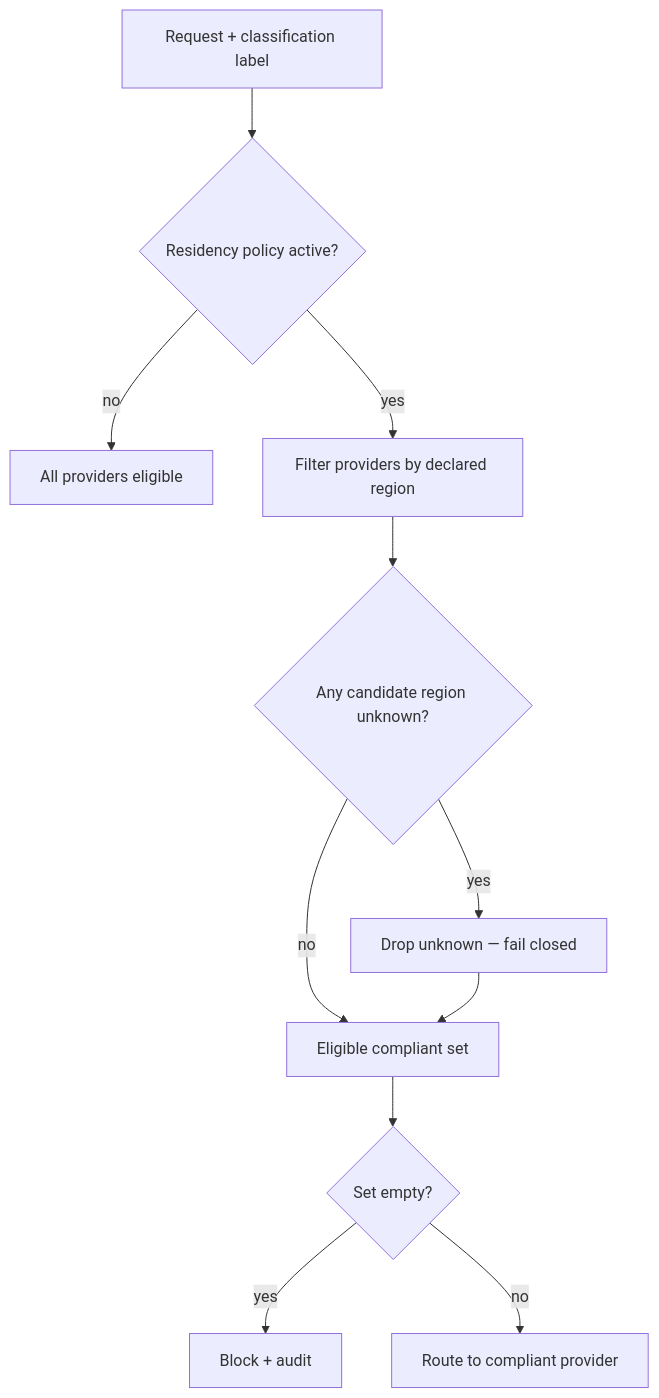
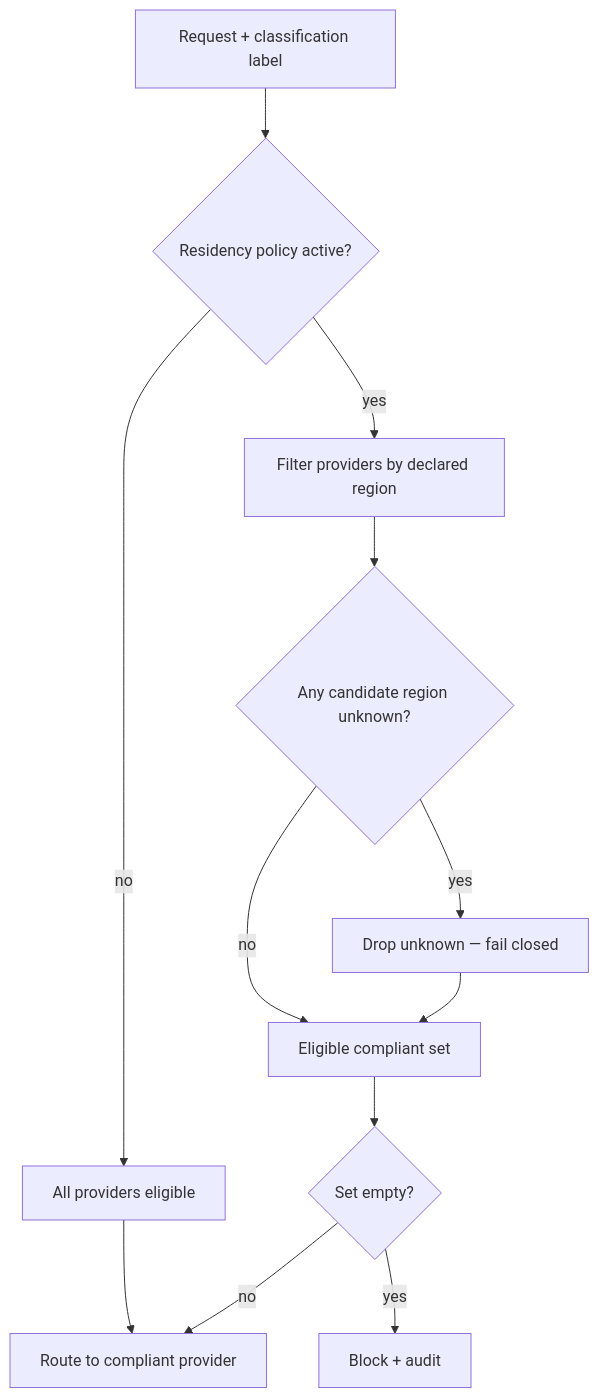
The diagram in _posts/2026-05-27-the-honest-parts-residency-tenancy-scope.md (e-choness/portfolio-site), drawn with Mermaid before and after one commit. The commit also changed other lines of this file and 72 other files, not shown here.

````diff
--- a/_posts/2026-05-27-the-honest-parts-residency-tenancy-scope.md
+++ b/_posts/2026-05-27-the-honest-parts-residency-tenancy-scope.md
@@ -21,13 +20,14 @@
 ```mermaid
 flowchart TD
     REQ[Request + classification label] --> POL{Residency policy active?}
     POL -- no --> ANY[All providers eligible]
+    ANY --> ROUTE
     POL -- yes --> FILTER[Filter providers by declared region]
     FILTER --> UNK{Any candidate region unknown?}
     UNK -- yes --> DROP[Drop unknown — fail closed]
     UNK -- no --> OK[Eligible compliant set]
     DROP --> OK
     OK --> EMPTY{Set empty?}
     EMPTY -- yes --> BLOCK[Block + audit]
     EMPTY -- no --> ROUTE[Route to compliant provider]
 ```
````
